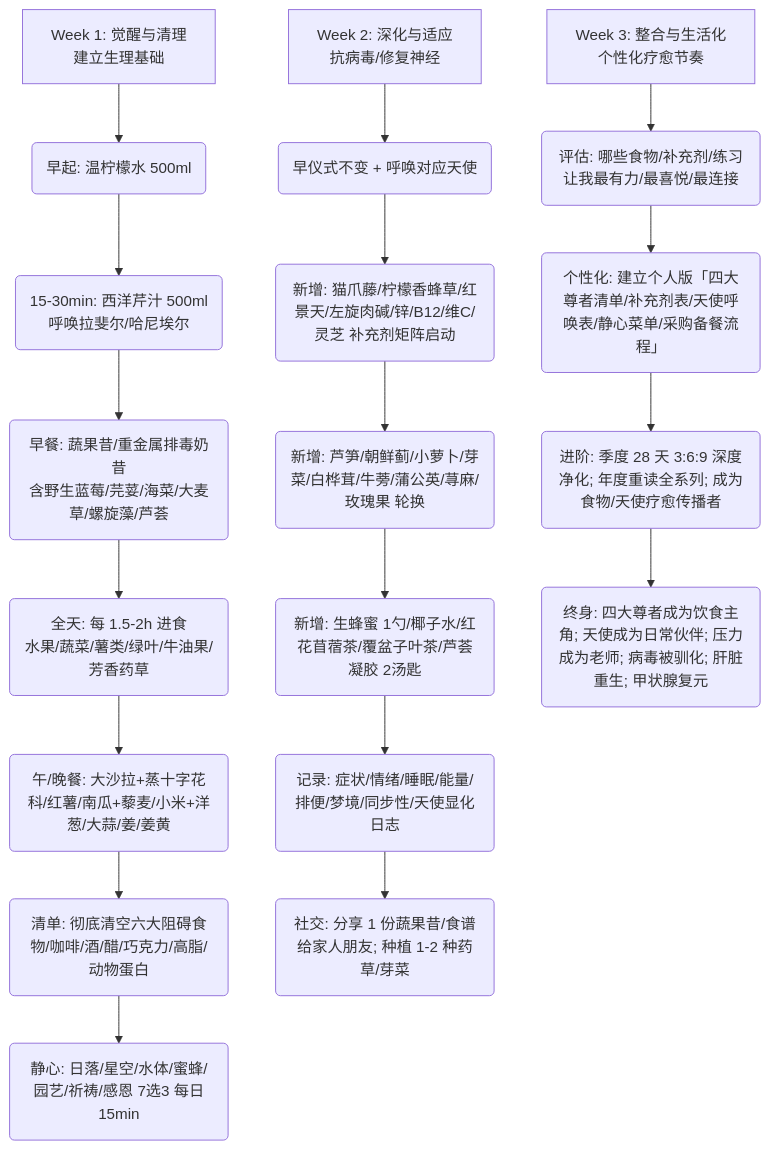
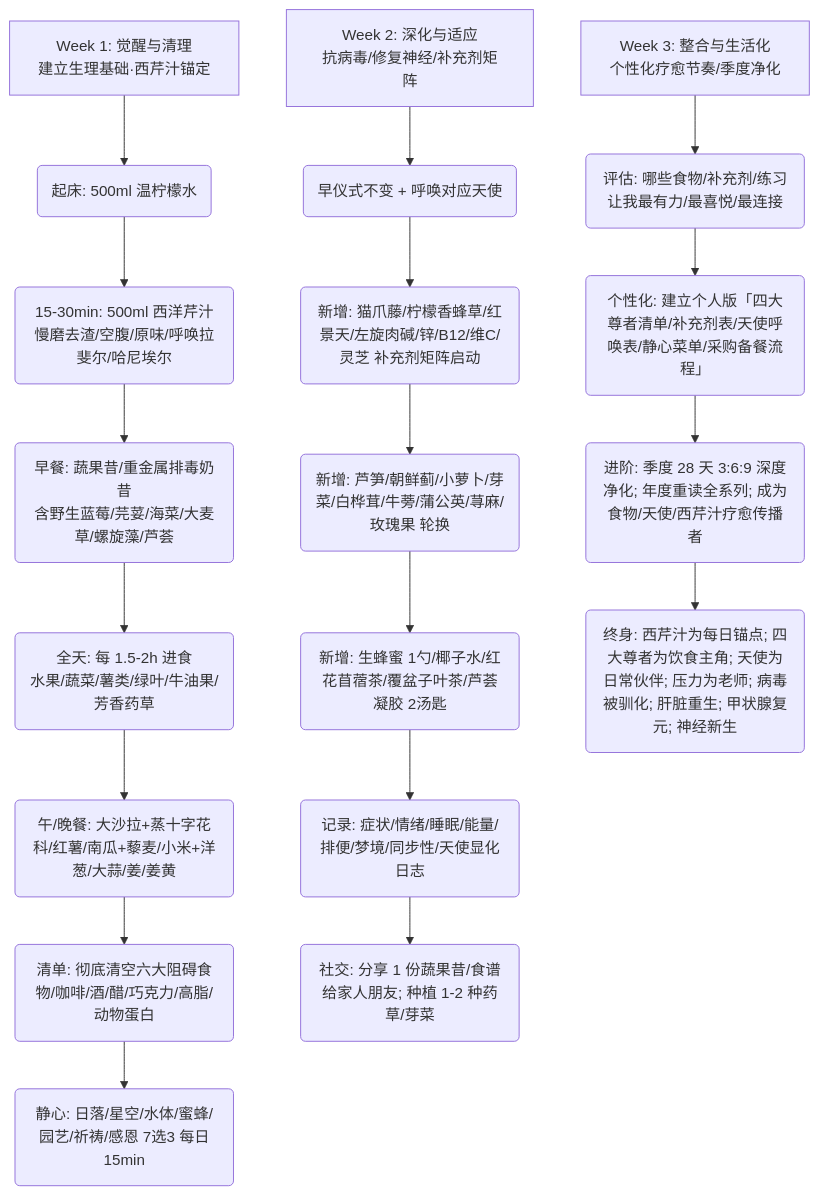
One commit to OpenDocCN1/mystery-llm-wiki changed the third of 3 diagrams in pages/yi-liao-ling-mei.md. Above: the diagram before and after it, drawn with Mermaid. The commit also changed other lines of this file and 4 other files, not shown here.

````diff
--- a/pages/yi-liao-ling-mei.md
+++ b/pages/yi-liao-ling-mei.md
@@ -223,22 +308,22 @@
 ```mermaid
 graph TD
-    A[Week 1: 觉醒与清理<br/>建立生理基础] --> A1(早起: 温柠檬水 500ml)
-    A1 --> A2(15-30min: 西洋芹汁 500ml<br/>呼唤拉斐尔/哈尼埃尔)
+    A[Week 1: 觉醒与清理<br/>建立生理基础·西芹汁锚定] --> A1(起床: 500ml 温柠檬水)
+    A1 --> A2(15-30min: 500ml 西洋芹汁<br/>慢磨去渣/空腹/原味/呼唤拉斐尔/哈尼埃尔)
     A2 --> A3(早餐: 蔬果昔/重金属排毒奶昔<br/>含野生蓝莓/芫荽/海菜/大麦草/螺旋藻/芦荟)
     A3 --> A4(全天: 每 1.5-2h 进食<br/>水果/蔬菜/薯类/绿叶/牛油果/芳香药草)
     A4 --> A5(午/晚餐: 大沙拉+蒸十字花科/红薯/南瓜+藜麦/小米+洋葱/大蒜/姜/姜黄)
     A5 --> A6(清单: 彻底清空六大阻碍食物/咖啡/酒/醋/巧克力/高脂/动物蛋白)
     A6 --> A7(静心: 日落/星空/水体/蜜蜂/园艺/祈祷/感恩 7选3 每日15min)
     
-    B[Week 2: 深化与适应<br/>抗病毒/修复神经] --> B1(早仪式不变 + 呼唤对应天使)
+    B[Week 2: 深化与适应<br/>抗病毒/修复神经/补充剂矩阵] --> B1(早仪式不变 + 呼唤对应天使)
     B1 --> B2(新增: 猫爪藤/柠檬香蜂草/红景天/左旋肉碱/锌/B12/维C/灵芝 补充剂矩阵启动)
     B2 --> B3(新增: 芦笋/朝鲜蓟/小萝卜/芽菜/白桦茸/牛蒡/蒲公英/荨麻/玫瑰果 轮换)
     B3 --> B4(新增: 生蜂蜜 1勺/椰子水/红花苜蓿茶/覆盆子叶茶/芦荟凝胶 2汤匙)
     B4 --> B5(记录: 症状/情绪/睡眠/能量/排便/梦境/同步性/天使显化日志)
     B5 --> B6(社交: 分享 1 份蔬果昔/食谱给家人朋友; 种植 1-2 种药草/芽菜)
     
-    C[Week 3: 整合与生活化<br/>个性化疗愈节奏] --> C1(评估: 哪些食物/补充剂/练习让我最有力/最喜悦/最连接)
+    C[Week 3: 整合与生活化<br/>个性化疗愈节奏/季度净化] --> C1(评估: 哪些食物/补充剂/练习让我最有力/最喜悦/最连接)
     C1 --> C2(个性化: 建立个人版「四大尊者清单/补充剂表/天使呼唤表/静心菜单/采购备餐流程」)
-    C2 --> C3(进阶: 季度 28 天 3:6:9 深度净化; 年度重读全系列; 成为食物/天使疗愈传播者)
-    C3 --> C4(终身: 四大尊者成为饮食主角; 天使成为日常伙伴; 压力成为老师; 病毒被驯化; 肝脏重生; 甲状腺复元)
+    C2 --> C3(进阶: 季度 28 天 3:6:9 深度净化; 年度重读全系列; 成为食物/天使/西芹汁疗愈传播者)
+    C3 --> C4(终身: 西芹汁为每日锚点; 四大尊者为饮食主角; 天使为日常伙伴; 压力为老师; 病毒被驯化; 肝脏重生; 甲状腺复元; 神经新生)
 ```
````
